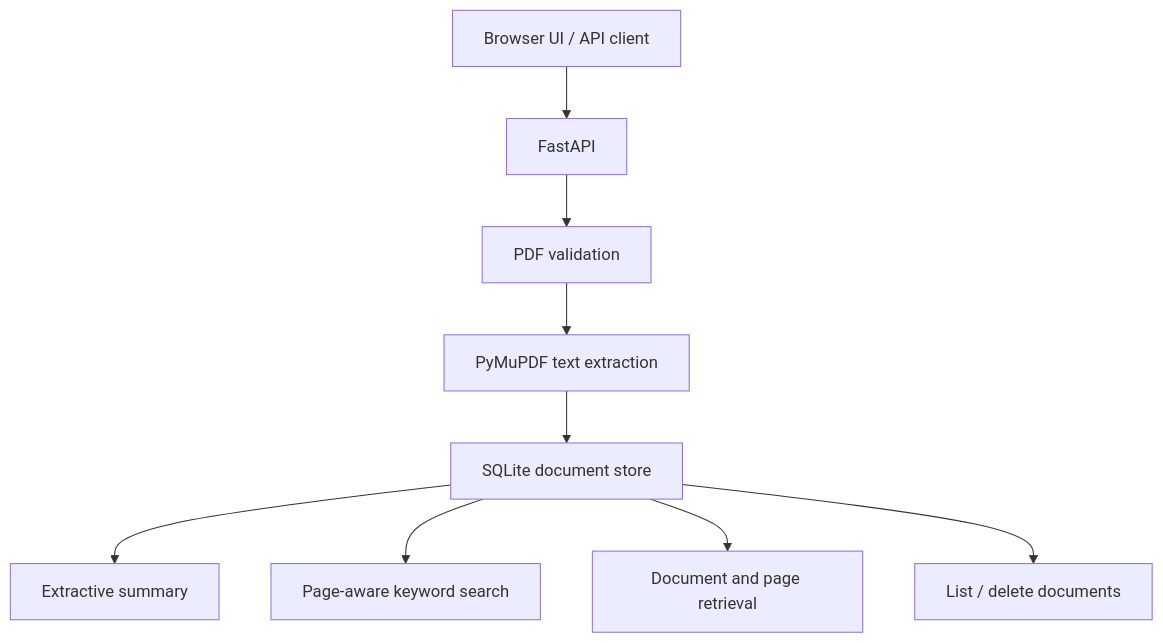
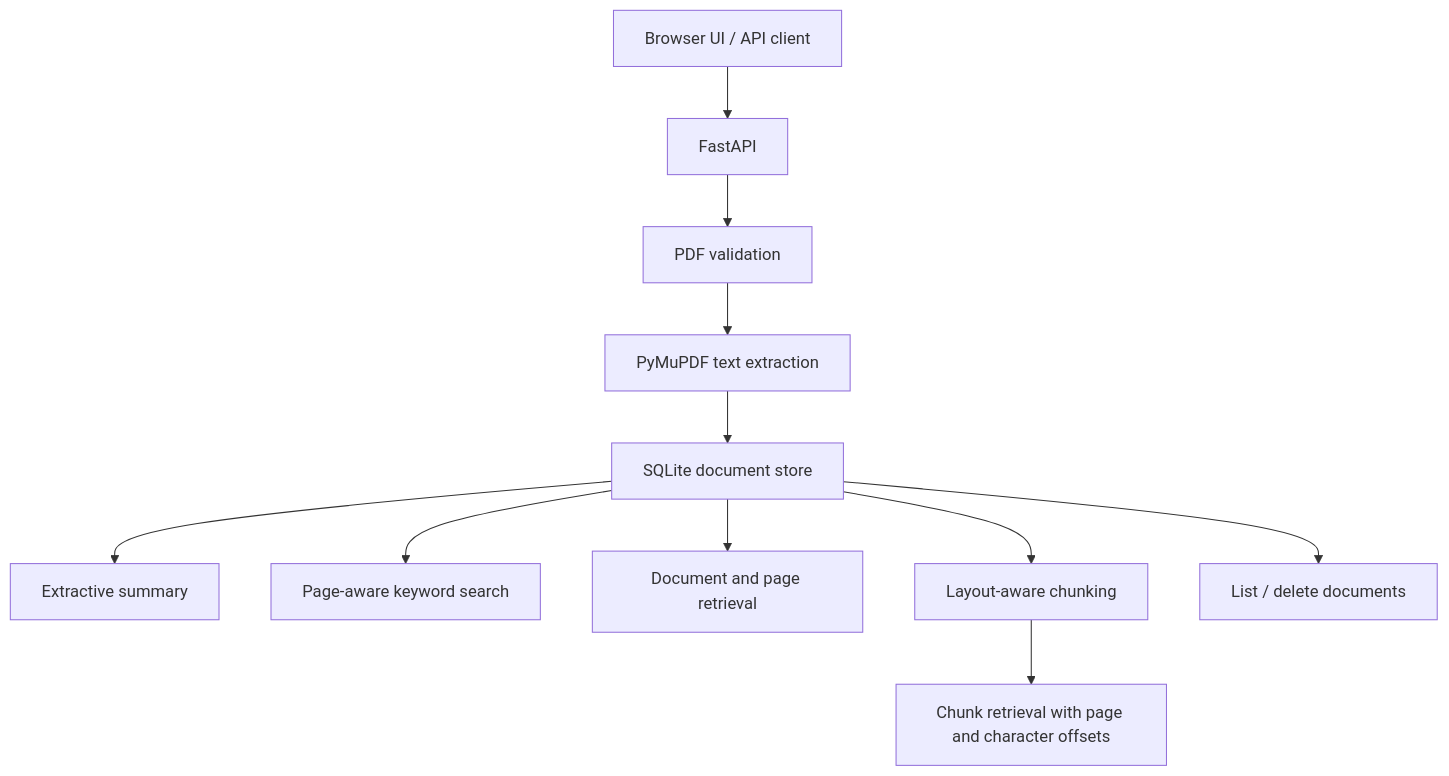
The diagram in README.md (poojapansare18/documind-ai), drawn with Mermaid before and after one commit. The commit also changed other lines of this file and 3 other files, not shown here.

First line of the commit message:
Add persistent page-aware document chunking (#5)

````diff
--- a/README.md
+++ b/README.md
@@ -25,11 +26,13 @@
 ```mermaid
 flowchart TD
     A[Browser UI / API client] --> B[FastAPI]
     B --> C[PDF validation]
     C --> D[PyMuPDF text extraction]
     D --> E[SQLite document store]
     E --> F[Extractive summary]
     E --> G[Page-aware keyword search]
     E --> H[Document and page retrieval]
-    E --> I[List / delete documents]
+    E --> I[Layout-aware chunking]
+    I --> J[Chunk retrieval with page and character offsets]
+    E --> K[List / delete documents]
 ```
````
